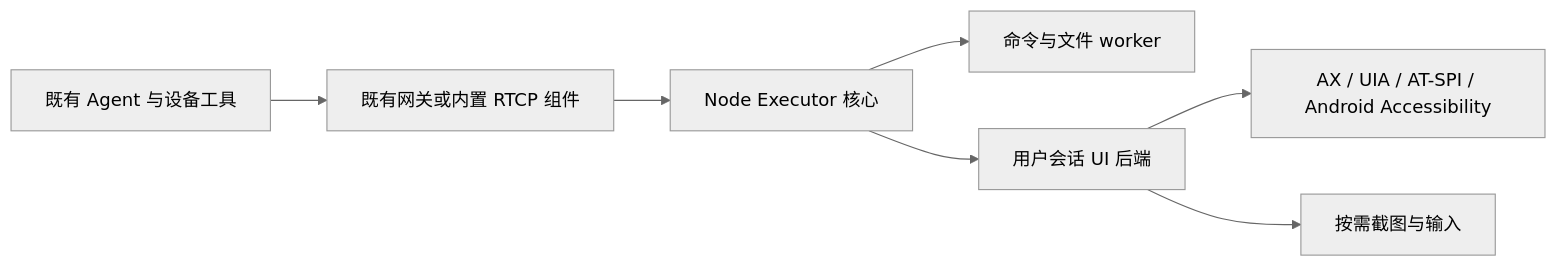
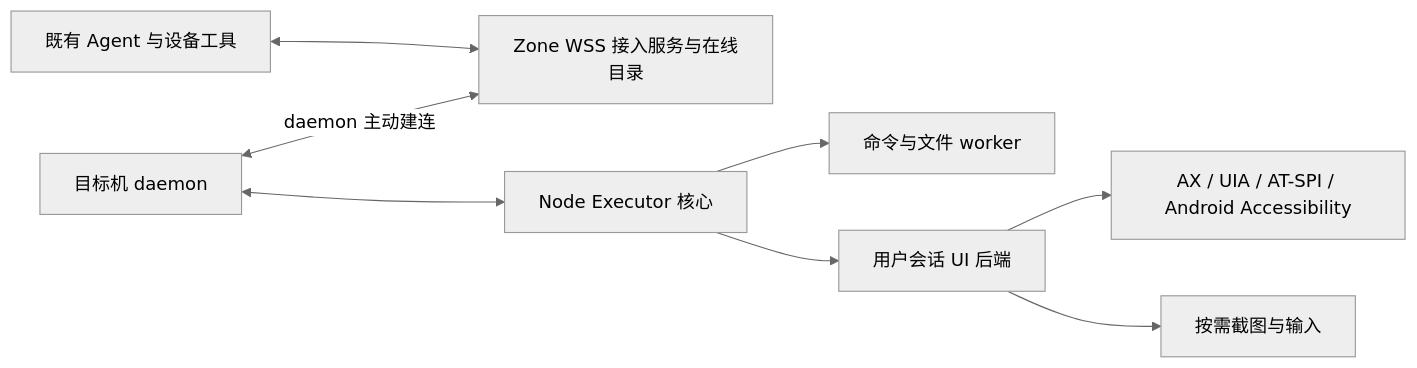
The diagram in notepads/buckyos-agent-daemon-todo.md (buckyos/buckyos), drawn with Mermaid (neutral theme) before and after one commit. The commit also changed other lines of this file and 7 other files, not shown here.

````diff
--- a/notepads/buckyos-agent-daemon-todo.md
+++ b/notepads/buckyos-agent-daemon-todo.md
@@ -64,9 +80,10 @@
 ```mermaid
 flowchart LR
-    A[既有 Agent 与设备工具] --> G[既有网关或内置 RTCP 组件]
-    G --> E[Node Executor 核心]
+    A[既有 Agent 与设备工具] <--> Z[Zone WSS 接入服务与在线目录]
+    D[目标机 daemon] <-->|daemon 主动建连| Z
+    D <--> E[Node Executor 核心]
     E --> W[命令与文件 worker]
     E --> U[用户会话 UI 后端]
     U --> S[AX / UIA / AT-SPI / Android Accessibility]
     U --> V[按需截图与输入]
 ```
````
